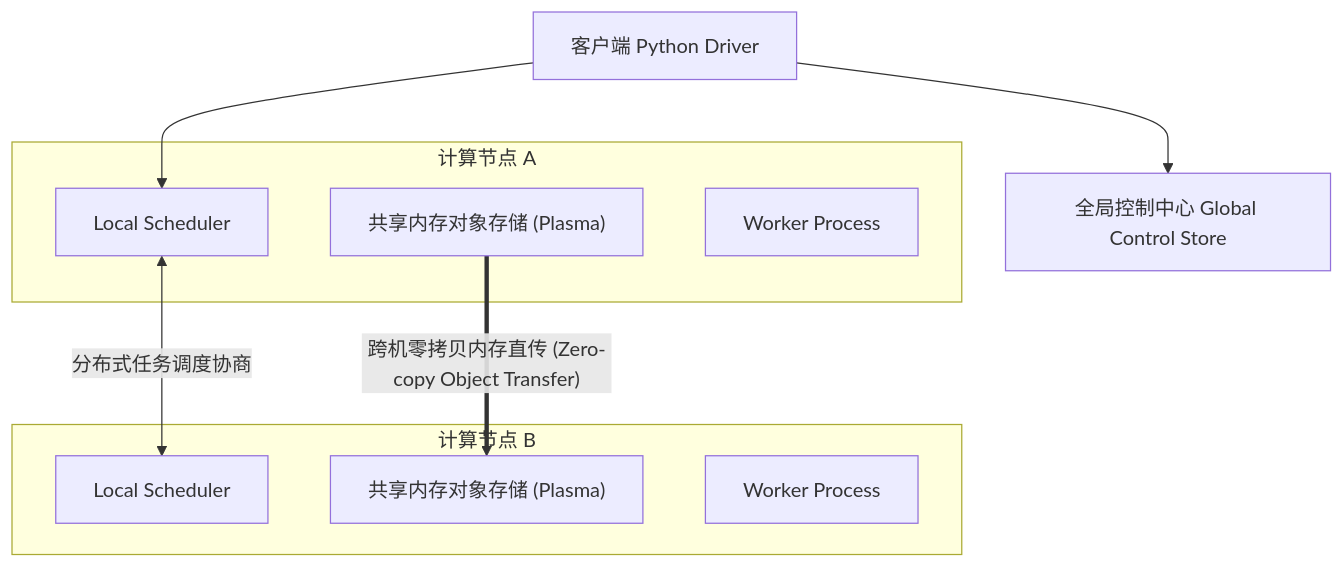
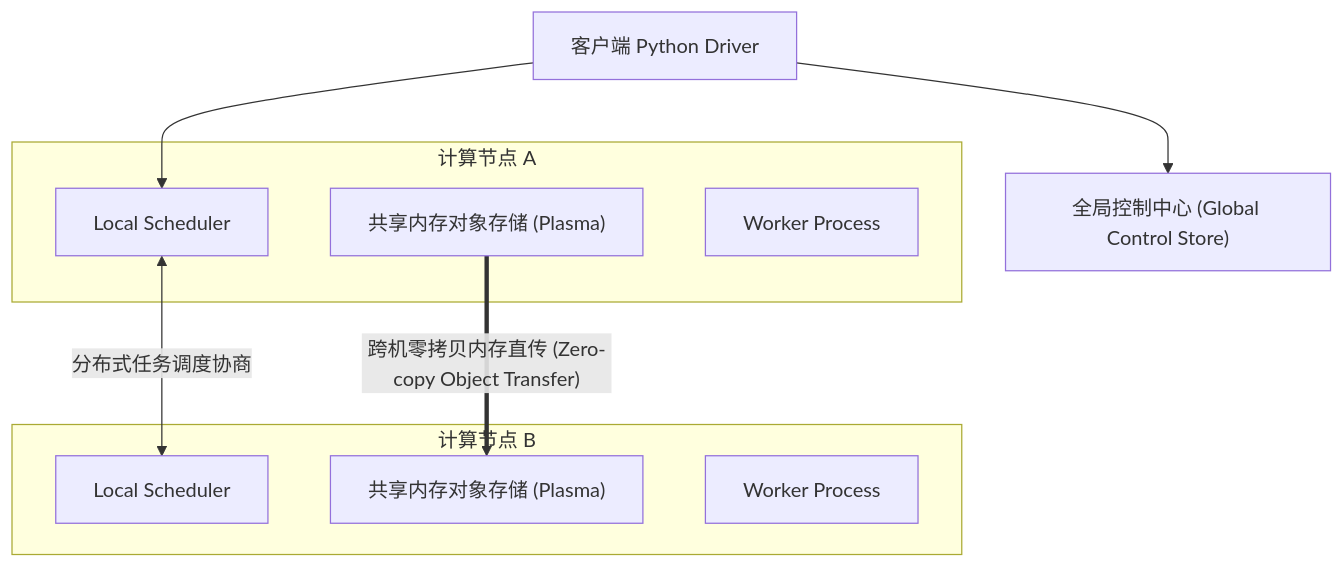
The diagram in docs/19_ray.md (donkey-roll/distributed-system), drawn with Mermaid before and after one commit. The commit also changed 10 other files, not shown here.

Commit message:
Fix Mermaid diagram syntax and markdown rendering across LEC 03 and all docs

````diff
--- a/docs/19_ray.md
+++ b/docs/19_ray.md
@@ -20,20 +20,20 @@
 ```mermaid
 flowchart TD
-    Driver[客户端 Python Driver] --> GCS[全局控制中心 Global Control Store]
+    Driver["客户端 Python Driver"] --> GCS["全局控制中心 (Global Control Store)"]
 
     subgraph Node1["计算节点 A"]
-        Scheduler1[Local Scheduler]
+        Scheduler1["Local Scheduler"]
         Plasma1["共享内存对象存储 (Plasma)"]
-        Worker1[Worker Process]
+        Worker1["Worker Process"]
     end
 
     subgraph Node2["计算节点 B"]
-        Scheduler2[Local Scheduler]
+        Scheduler2["Local Scheduler"]
         Plasma2["共享内存对象存储 (Plasma)"]
-        Worker2[Worker Process]
+        Worker2["Worker Process"]
     end
 
     Driver --> Scheduler1
-    Scheduler1 <-->|分布式任务调度协商| Scheduler2
-    Plasma1 == "跨机零拷贝内存直传 (Zero-copy Object Transfer)" ==> Plasma2
+    Scheduler1 <-->|"分布式任务调度协商"| Scheduler2
+    Plasma1 ==>|"跨机零拷贝内存直传 (Zero-copy Object Transfer)"| Plasma2
 ```
````
